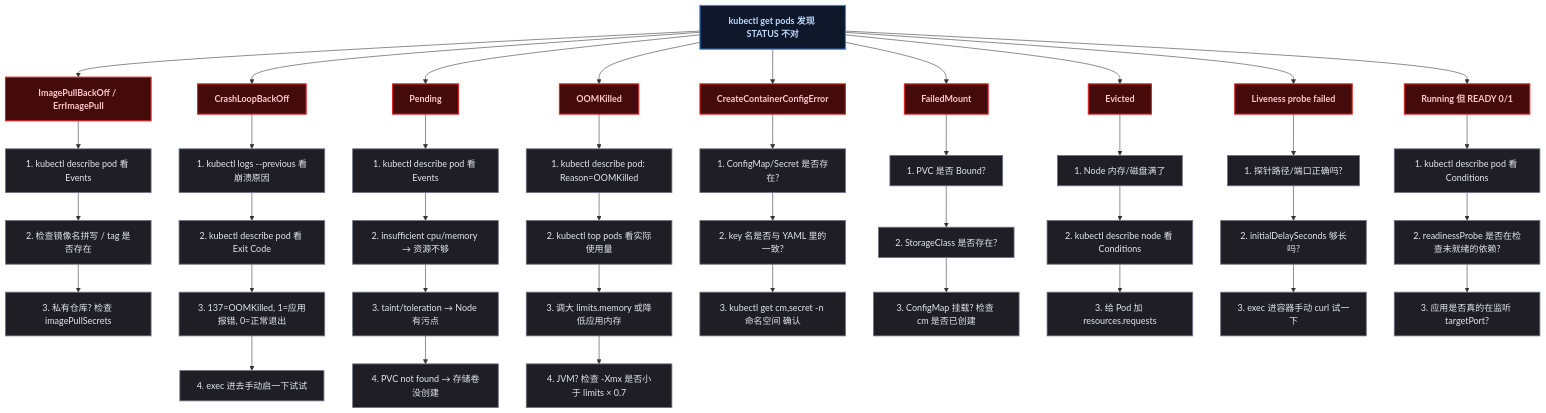
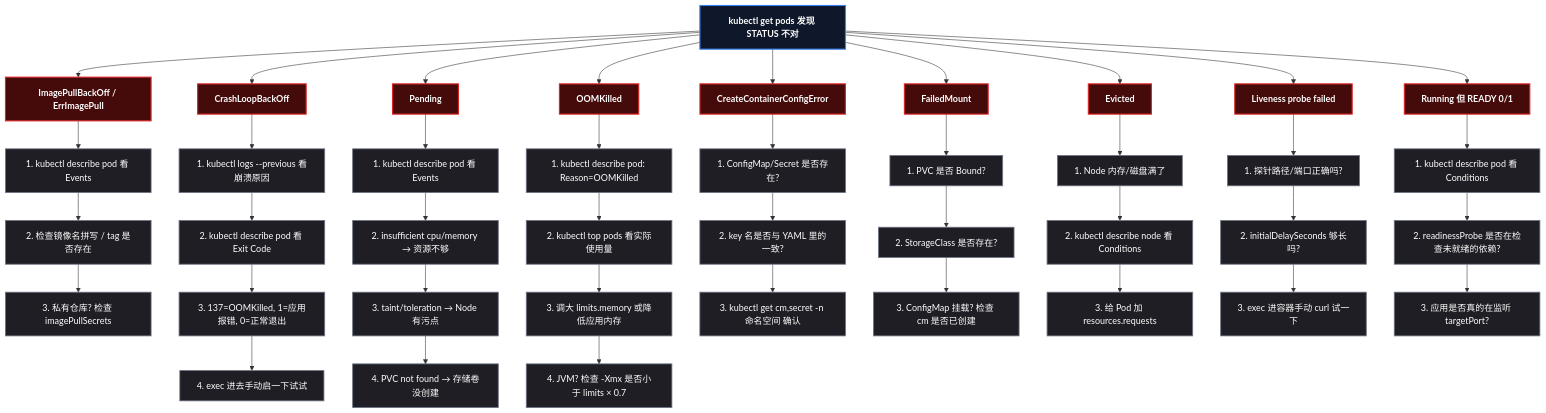
Before and after one commit to yaocat55/yaocat55.github.io: the second of 3 diagrams in content/posts/kubernetes/KubectlSurvivalManual.md, drawn with Mermaid. The commit also changed other lines of this file and 27 other files, not shown here.

Commit message:
docs: 全系列 93 张 Mermaid 图 classDef 改为 style 强制深底白字(修复部分渲染器白底浅字)+历史文件格式清理

````diff
--- a/content/posts/kubernetes/KubectlSurvivalManual.md
+++ b/content/posts/kubernetes/KubectlSurvivalManual.md
@@ -420,15 +421,44 @@
   NOTREADY --> NR1["1. kubectl describe pod 看 Conditions"]
   NR1 --> NR2["2. readinessProbe 是否在检查未就绪的依赖?"]
   NR2 --> NR3["3. 应用是否真的在监听 targetPort?"]
-
-classDef start fill:#0f172a,stroke:#3b82f6,stroke-width:2px,color:#bfdbfe,font-weight:bold;
-  class START start
-
-classDef problem fill:#450a0a,stroke:#dc2626,stroke-width:2px,color:#fecaca,font-weight:bold;
-  class IMAGE,CRASH,PENDING,OOM,CONFIG,MOUNT,EVICTED,PROBE,NOTREADY problem
-
-classDef step fill:#1e1e24,stroke:#6b7280,stroke-width:1.5px,color:#e5e7eb;
-  class IMG1,IMG2,IMG3,CR1,CR2,CR3,CR4,PD1,PD2,PD3,PD4 step
-  class OOM1,OOM2,OOM3,OOM4,CFG1,CFG2,CFG3,M1,M2,M3 step
-  class EV1,EV2,EV3,PR1,PR2,PR3,NR1,NR2,NR3 step
+    style START fill:#0f172a,stroke:#3b82f6,stroke-width:2px,color:#ffffff,font-weight:bold
+    style IMAGE fill:#450a0a,stroke:#dc2626,stroke-width:2px,color:#ffffff,font-weight:bold
+    style CRASH fill:#450a0a,stroke:#dc2626,stroke-width:2px,color:#ffffff,font-weight:bold
+    style PENDING fill:#450a0a,stroke:#dc2626,stroke-width:2px,color:#ffffff,font-weight:bold
+    style OOM fill:#450a0a,stroke:#dc2626,stroke-width:2px,color:#ffffff,font-weight:bold
+    style CONFIG fill:#450a0a,stroke:#dc2626,stroke-width:2px,color:#ffffff,font-weight:bold
+    style MOUNT fill:#450a0a,stroke:#dc2626,stroke-width:2px,color:#ffffff,font-weight:bold
+    style EVICTED fill:#450a0a,stroke:#dc2626,stroke-width:2px,color:#ffffff,font-weight:bold
+    style PROBE fill:#450a0a,stroke:#dc2626,stroke-width:2px,color:#ffffff,font-weight:bold
+    style NOTREADY fill:#450a0a,stroke:#dc2626,stroke-width:2px,color:#ffffff,font-weight:bold
+    style IMG1 fill:#1e1e24,stroke:#6b7280,stroke-width:1.5px,color:#ffffff
+    style IMG2 fill:#1e1e24,stroke:#6b7280,stroke-width:1.5px,color:#ffffff
+    style IMG3 fill:#1e1e24,stroke:#6b7280,stroke-width:1.5px,color:#ffffff
+    style CR1 fill:#1e1e24,stroke:#6b7280,stroke-width:1.5px,color:#ffffff
+    style CR2 fill:#1e1e24,stroke:#6b7280,stroke-width:1.5px,color:#ffffff
+    style CR3 fill:#1e1e24,stroke:#6b7280,stroke-width:1.5px,color:#ffffff
+    style CR4 fill:#1e1e24,stroke:#6b7280,stroke-width:1.5px,color:#ffffff
+    style PD1 fill:#1e1e24,stroke:#6b7280,stroke-width:1.5px,color:#ffffff
+    style PD2 fill:#1e1e24,stroke:#6b7280,stroke-width:1.5px,color:#ffffff
+    style PD3 fill:#1e1e24,stroke:#6b7280,stroke-width:1.5px,color:#ffffff
+    style PD4 fill:#1e1e24,stroke:#6b7280,stroke-width:1.5px,color:#ffffff
+    style OOM1 fill:#1e1e24,stroke:#6b7280,stroke-width:1.5px,color:#ffffff
+    style OOM2 fill:#1e1e24,stroke:#6b7280,stroke-width:1.5px,color:#ffffff
+    style OOM3 fill:#1e1e24,stroke:#6b7280,stroke-width:1.5px,color:#ffffff
+    style OOM4 fill:#1e1e24,stroke:#6b7280,stroke-width:1.5px,color:#ffffff
+    style CFG1 fill:#1e1e24,stroke:#6b7280,stroke-width:1.5px,color:#ffffff
+    style CFG2 fill:#1e1e24,stroke:#6b7280,stroke-width:1.5px,color:#ffffff
+    style CFG3 fill:#1e1e24,stroke:#6b7280,stroke-width:1.5px,color:#ffffff
+    style M1 fill:#1e1e24,stroke:#6b7280,stroke-width:1.5px,color:#ffffff
+    style M2 fill:#1e1e24,stroke:#6b7280,stroke-width:1.5px,color:#ffffff
+    style M3 fill:#1e1e24,stroke:#6b7280,stroke-width:1.5px,color:#ffffff
+    style EV1 fill:#1e1e24,stroke:#6b7280,stroke-width:1.5px,color:#ffffff
+    style EV2 fill:#1e1e24,stroke:#6b7280,stroke-width:1.5px,color:#ffffff
+    style EV3 fill:#1e1e24,stroke:#6b7280,stroke-width:1.5px,color:#ffffff
+    style PR1 fill:#1e1e24,stroke:#6b7280,stroke-width:1.5px,color:#ffffff
+    style PR2 fill:#1e1e24,stroke:#6b7280,stroke-width:1.5px,color:#ffffff
+    style PR3 fill:#1e1e24,stroke:#6b7280,stroke-width:1.5px,color:#ffffff
+    style NR1 fill:#1e1e24,stroke:#6b7280,stroke-width:1.5px,color:#ffffff
+    style NR2 fill:#1e1e24,stroke:#6b7280,stroke-width:1.5px,color:#ffffff
+    style NR3 fill:#1e1e24,stroke:#6b7280,stroke-width:1.5px,color:#ffffff
 ```
````
